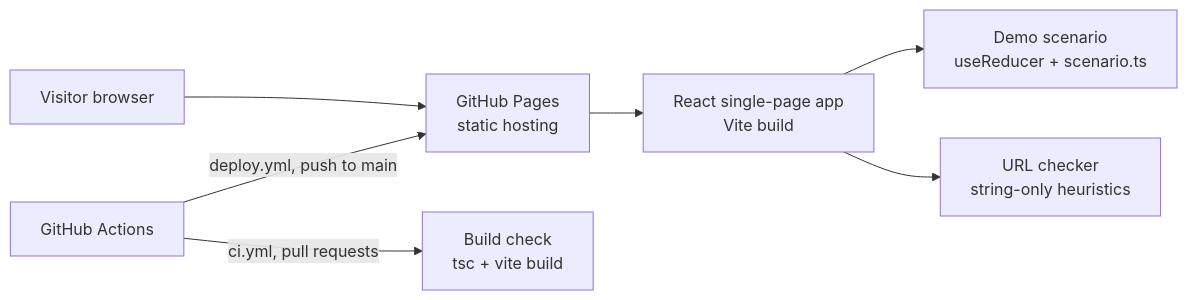
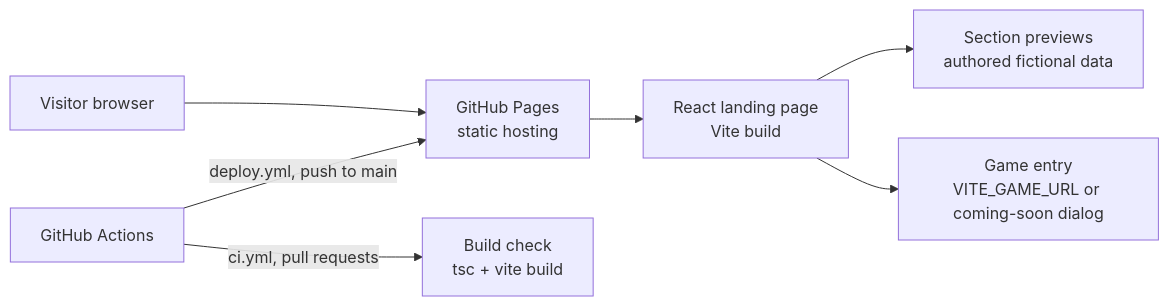
Before and after one commit to teehihi/scam-maze: the first of 2 diagrams in docs/architecture/OVERVIEW.md, drawn with Mermaid. The commit also changed other lines of this file and 11 other files, not shown here.

````diff
--- a/docs/architecture/OVERVIEW.md
+++ b/docs/architecture/OVERVIEW.md
@@ -48,9 +52,9 @@
 ```mermaid
 flowchart LR
     V["Visitor browser"] --> GHP["GitHub Pages<br/>static hosting"]
-    GHP --> SPA["React single-page app<br/>Vite build"]
-    SPA --> DEMO["Demo scenario<br/>useReducer + scenario.ts"]
-    SPA --> URLC["URL checker<br/>string-only heuristics"]
+    GHP --> SPA["React landing page<br/>Vite build"]
+    SPA --> PREV["Section previews<br/>authored fictional data"]
+    SPA --> ENTRY["Game entry<br/>VITE_GAME_URL or coming-soon dialog"]
     GHA["GitHub Actions"] -->|"deploy.yml, push to main"| GHP
     GHA -->|"ci.yml, pull requests"| BUILD["Build check<br/>tsc + vite build"]
 ```
````
